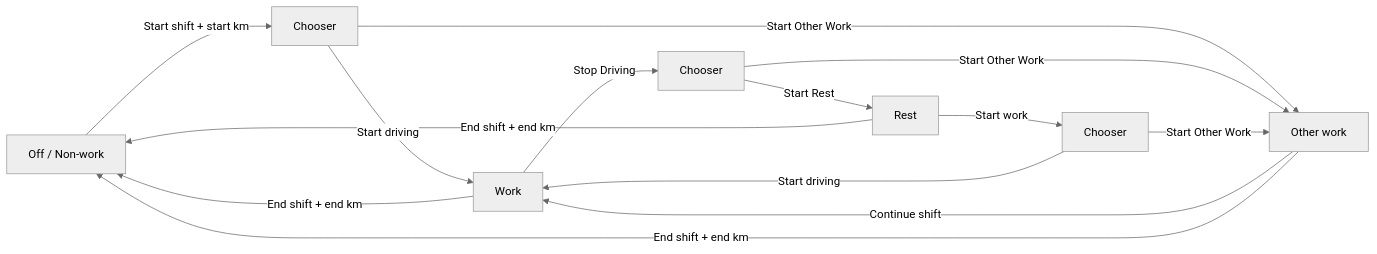
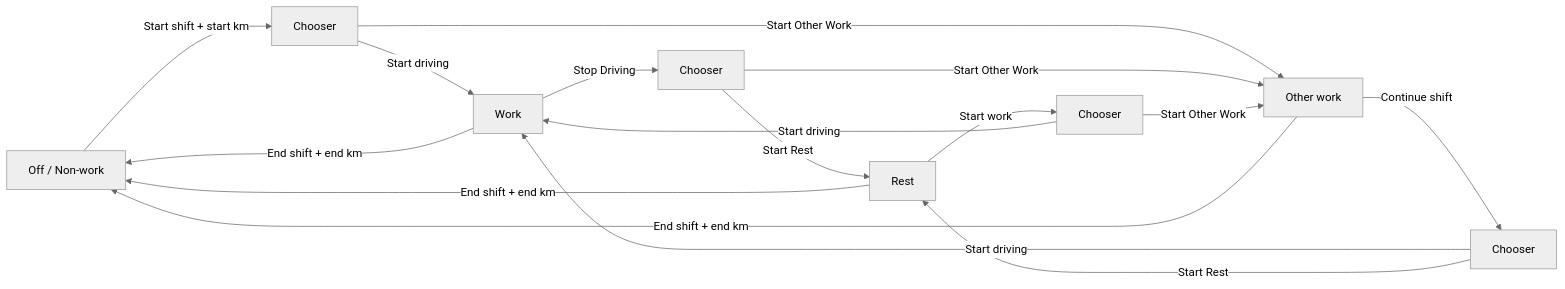
Before and after one commit to Rod-Shehan/fatigue-app-latest: the diagram in app-next/docs/user-guides/driver-ui-guide-esl.md, drawn with Mermaid (neutral theme). The commit also changed other lines of this file and 9 other files, not shown here.

Commit message:
Let Other work choose Start driving or Start Rest, like Rest.

````diff
--- a/app-next/docs/user-guides/driver-ui-guide-esl.md
+++ b/app-next/docs/user-guides/driver-ui-guide-esl.md
@@ -81,16 +85,18 @@
 ```mermaid
 flowchart LR
   A[Off / Non-work] -->|Start shift + start km| S[Chooser]
   S -->|Start driving| B[Work]
   S -->|Start Other Work| E[Other work]
   B -->|Stop Driving| C[Chooser]
   C -->|Start Rest| D[Rest]
   C -->|Start Other Work| E
   D -->|Start work| W[Chooser]
   W -->|Start driving| B
   W -->|Start Other Work| E
-  E -->|Continue shift| B
+  E -->|Continue shift| O[Chooser]
+  O -->|Start driving| B
+  O -->|Start Rest| D
   B -->|End shift + end km| A
   D -->|End shift + end km| A
   E -->|End shift + end km| A
 ```
````
